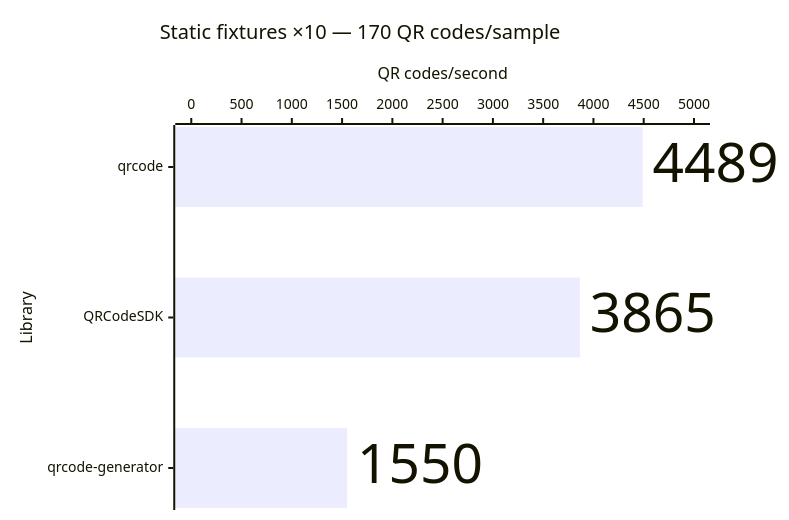
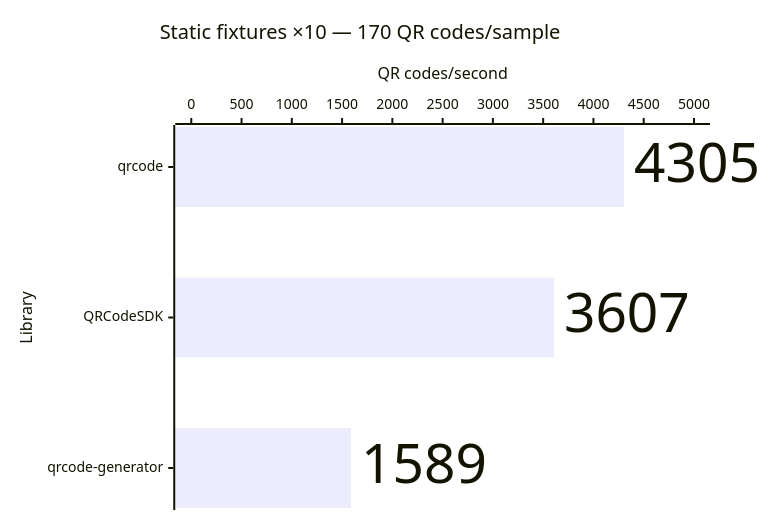
The ninth of 14 diagrams in apps/docs/src/content/docs/learn/performance.md (Dafnik/qrcodesdk), drawn with Mermaid before and after one commit. The commit also changed other lines of this file and 381 other files, not shown here.

````diff
--- a/apps/docs/src/content/docs/learn/performance.md
+++ b/apps/docs/src/content/docs/learn/performance.md
@@ -198,15 +198,15 @@
 ```mermaid
 ---
 config:
   xyChart:
     showDataLabel: true
     showDataLabelOutsideBar: true
 ---
 xychart horizontal
   accTitle: SVG generation: Static fixtures ×10 — 170 QR codes/sample
-  accDescr: Throughput calculated from median time. qrcode 4,489 QR codes per second, QRCodeSDK 3,865 QR codes per second, qrcode-generator 1,550 QR codes per second. Higher is better.
+  accDescr: Throughput calculated from median time. qrcode 4,305 QR codes per second, QRCodeSDK 3,607 QR codes per second, qrcode-generator 1,589 QR codes per second. Higher is better.
   title "Static fixtures ×10 — 170 QR codes/sample"
   x-axis "Library" ["qrcode", "QRCodeSDK", "qrcode-generator"]
   y-axis "QR codes/second" 0 --> 5000
-  bar [4489, 3865, 1550]
+  bar [4305, 3607, 1589]
 ```
````
